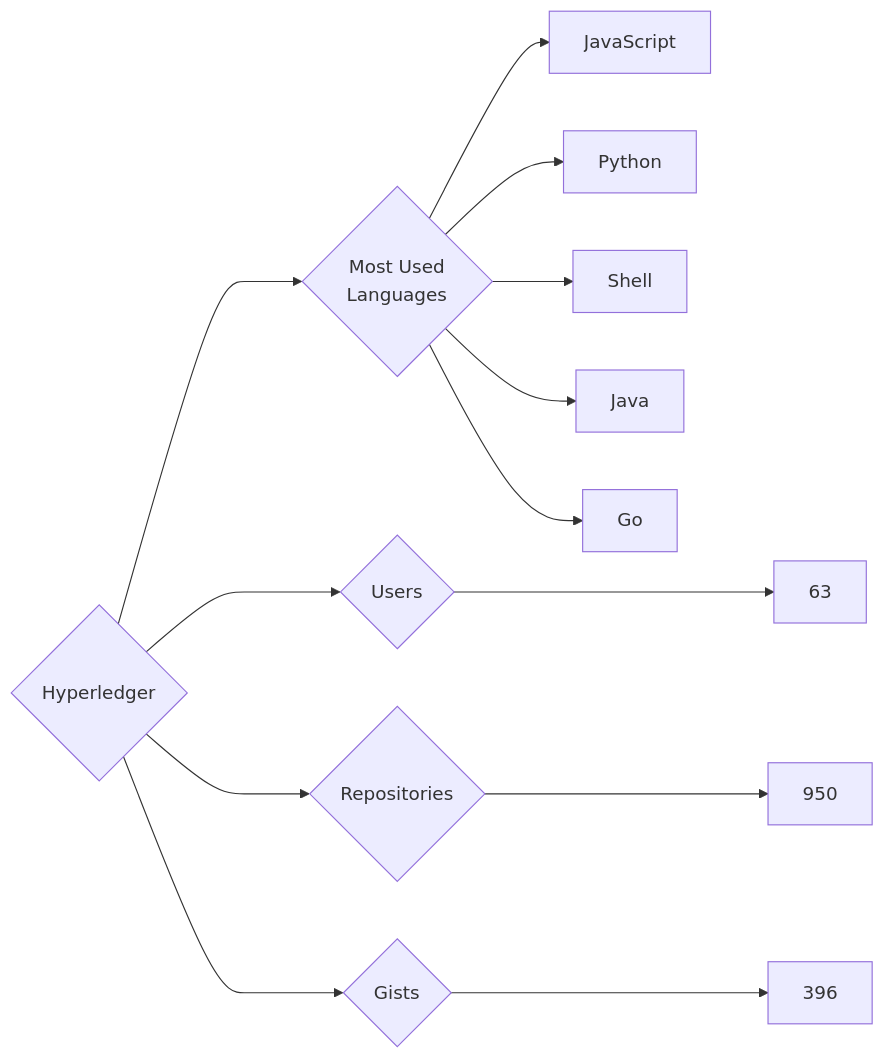
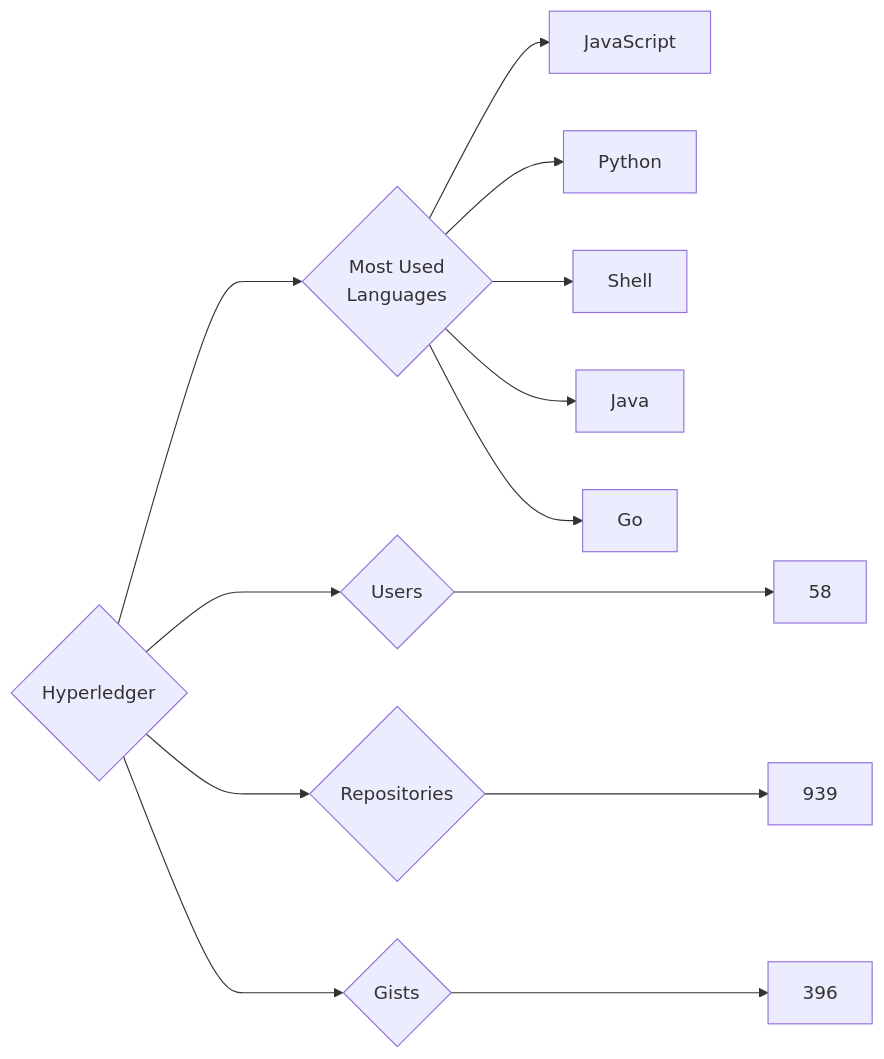
One commit to trickest/insiders changed the diagram in targets/Hyperledger/README.md. Above: the diagram before and after it, drawn with Mermaid. The commit also changed 925 other files, not shown here.

````diff
--- a/targets/Hyperledger/README.md
+++ b/targets/Hyperledger/README.md
@@ -3,13 +3,13 @@
 ```mermaid
 graph LR
 COMPANY_NAME{Hyperledger}
-COMPANY_NAME ---> U{Users} ---> UN[63]
-COMPANY_NAME ---> R{Repositories} ---> RN[950]
+COMPANY_NAME ---> U{Users} ---> UN[58]
+COMPANY_NAME ---> R{Repositories} ---> RN[939]
 COMPANY_NAME ---> G{Gists} ---> GN[396]
 COMPANY_NAME ---> ML{Most Used<br>Languages}
 ML --> JavaScript[JavaScript]
 ML --> Python[Python]
 ML --> Shell[Shell]
 ML --> Java[Java]
 ML --> Go[Go]
 ```
````
